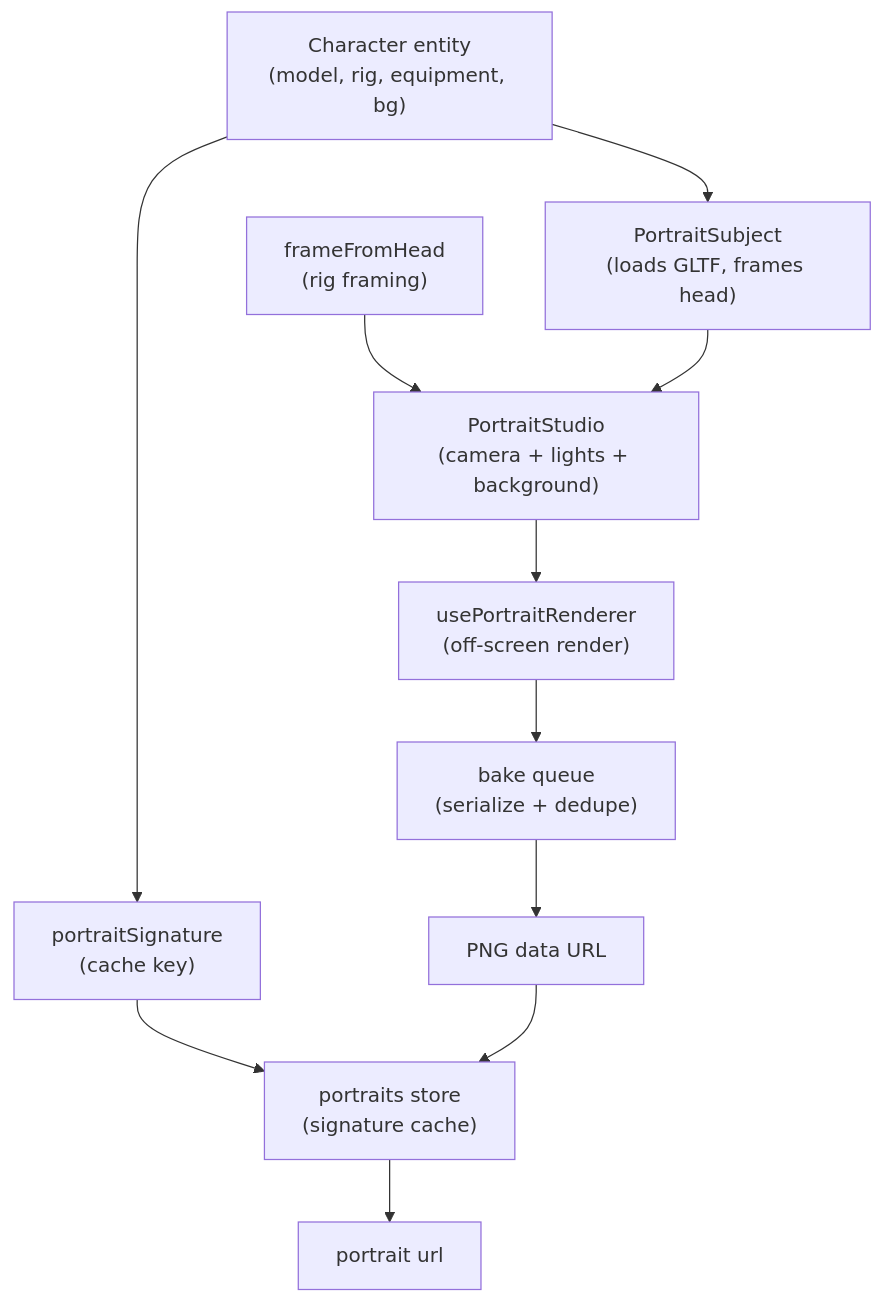
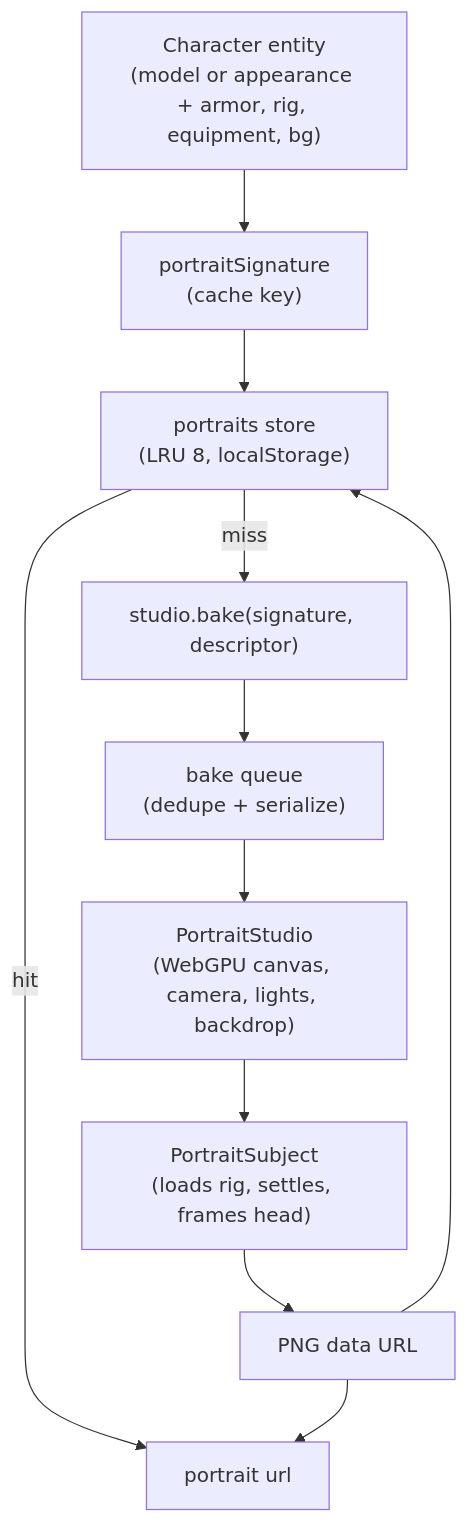
One commit to alvarosabu/artificer-forge changed the diagram in apps/grimoire/content/06.portraits/1.overview.md. Above: the diagram before and after it, drawn with Mermaid. The commit also changed other lines of this file and 157 other files, not shown here.

````diff
--- a/apps/grimoire/content/06.portraits/1.overview.md
+++ b/apps/grimoire/content/06.portraits/1.overview.md
@@ -35,13 +64,13 @@
 ```mermaid
 graph TD
-  ENTITY["Character entity<br/>(model, rig, equipment, bg)"] --> SIG["portraitSignature<br/>(cache key)"]
-  ENTITY --> SUBJECT["PortraitSubject<br/>(loads GLTF, frames head)"]
-  RIG["frameFromHead<br/>(rig framing)"] --> STUDIO
-  SUBJECT --> STUDIO["PortraitStudio<br/>(camera + lights + background)"]
-  STUDIO --> RENDER["usePortraitRenderer<br/>(off-screen render)"]
-  RENDER --> QUEUE["bake queue<br/>(serialize + dedupe)"]
-  QUEUE --> PNG["PNG data URL"]
-  SIG --> CACHE["portraits store<br/>(signature cache)"]
-  PNG --> CACHE
-  CACHE --> URL["portrait url"]
+  ENTITY["Character entity<br/>(model or appearance + armor, rig, equipment, bg)"] --> SIG["portraitSignature<br/>(cache key)"]
+  SIG --> STORE["portraits store<br/>(LRU 8, localStorage)"]
+  STORE -- hit --> URL["portrait url"]
+  STORE -- miss --> BAKE["studio.bake(signature, descriptor)"]
+  BAKE --> QUEUE["bake queue<br/>(dedupe + serialize)"]
+  QUEUE --> STUDIO["PortraitStudio<br/>(WebGPU canvas, camera, lights, backdrop)"]
+  STUDIO --> SUBJECT["PortraitSubject<br/>(loads rig, settles, frames head)"]
+  SUBJECT --> PNG["PNG data URL"]
+  PNG --> STORE
+  PNG --> URL
 ```
````
